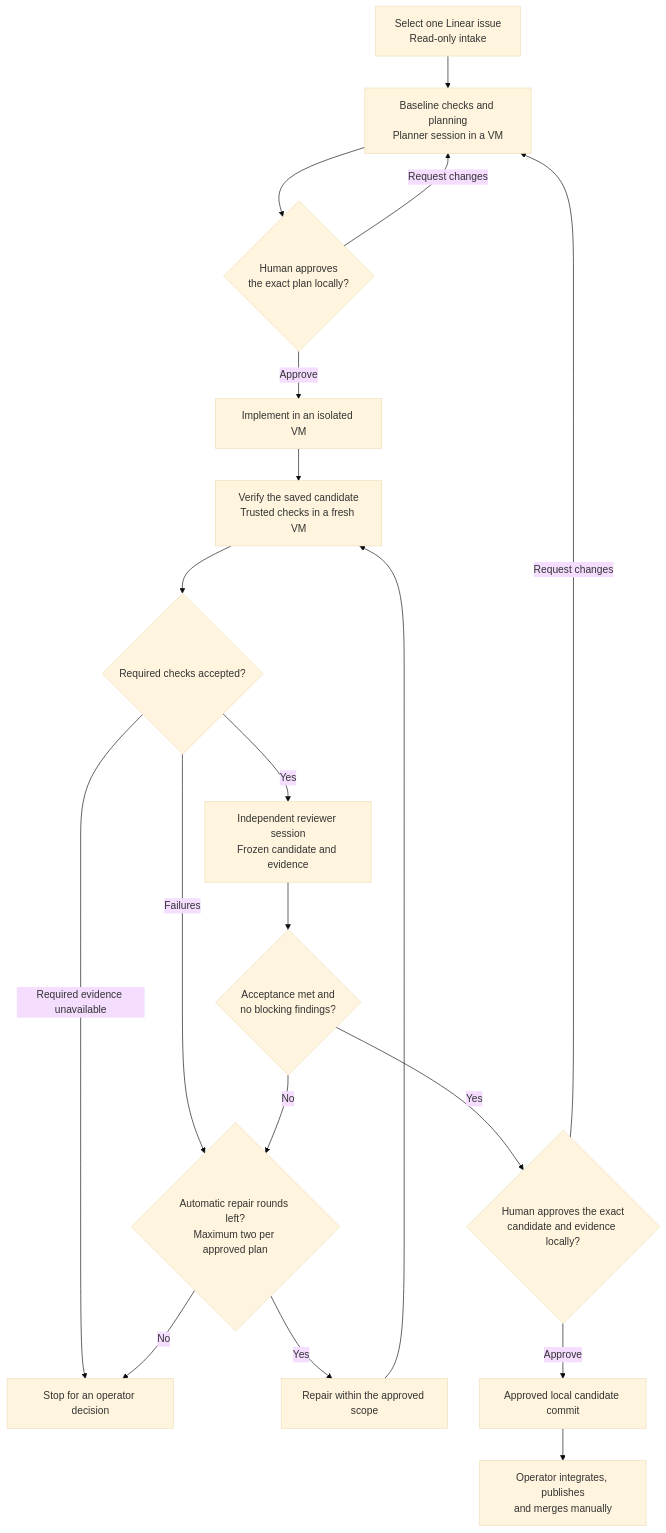
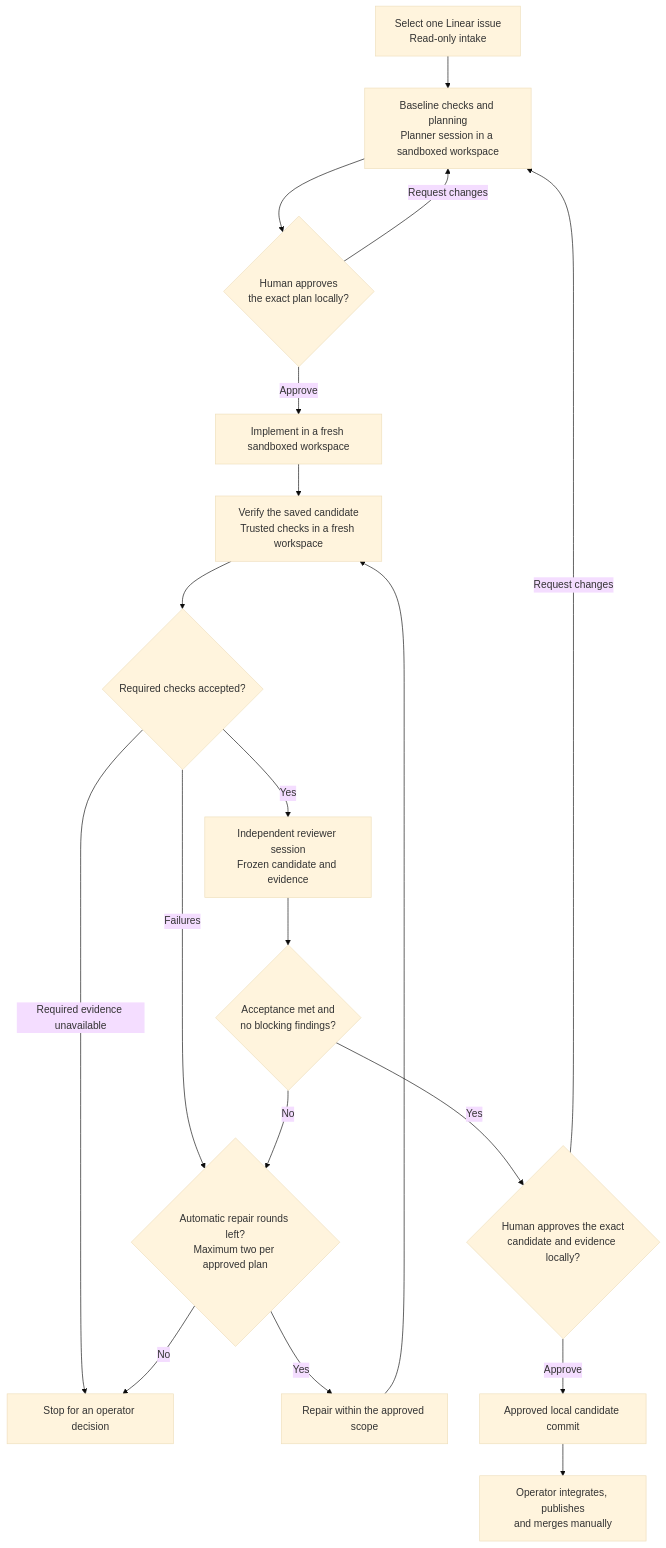
The diagram in README.md (br00-uk/factory), drawn with Mermaid (base theme) before and after one commit. The commit also changed other lines of this file and 39 other files, not shown here.

````diff
--- a/README.md
+++ b/README.md
@@ -22,21 +17,21 @@
 ```mermaid
 flowchart TD
-    Issue["Select one Linear issue<br/>Read-only intake"] --> Plan["Baseline checks and planning<br/>Planner session in a VM"]
+    Issue["Select one Linear issue<br/>Read-only intake"] --> Plan["Baseline checks and planning<br/>Planner session in a sandboxed workspace"]
     Plan --> PlanApproval{"Human approves<br/>the exact plan locally?"}
-    PlanApproval -->|Approve| Implement["Implement in an isolated VM"]
+    PlanApproval -->|Approve| Implement["Implement in a fresh sandboxed workspace"]
     PlanApproval -->|Request changes| Plan
-    Implement --> Verify["Verify the saved candidate<br/>Trusted checks in a fresh VM"]
+    Implement --> Verify["Verify the saved candidate<br/>Trusted checks in a fresh workspace"]
     Verify --> Checks{"Required checks accepted?"}
     Checks -->|Yes| Review["Independent reviewer session<br/>Frozen candidate and evidence"]
     Checks -->|Failures| RepairBudget{"Automatic repair rounds left?<br/>Maximum two per approved plan"}
     Checks -->|Required evidence unavailable| Stop["Stop for an operator decision"]
     Review --> Findings{"Acceptance met and<br/>no blocking findings?"}
     Findings -->|Yes| CandidateApproval{"Human approves the exact<br/>candidate and evidence locally?"}
     Findings -->|No| RepairBudget
     RepairBudget -->|Yes| Repair["Repair within the approved scope"]
     RepairBudget -->|No| Stop
     Repair --> Verify
     CandidateApproval -->|Approve| Ready["Approved local candidate commit"]
     CandidateApproval -->|Request changes| Plan
     Ready --> Manual["Operator integrates, publishes<br/>and merges manually"]
 ```
````
